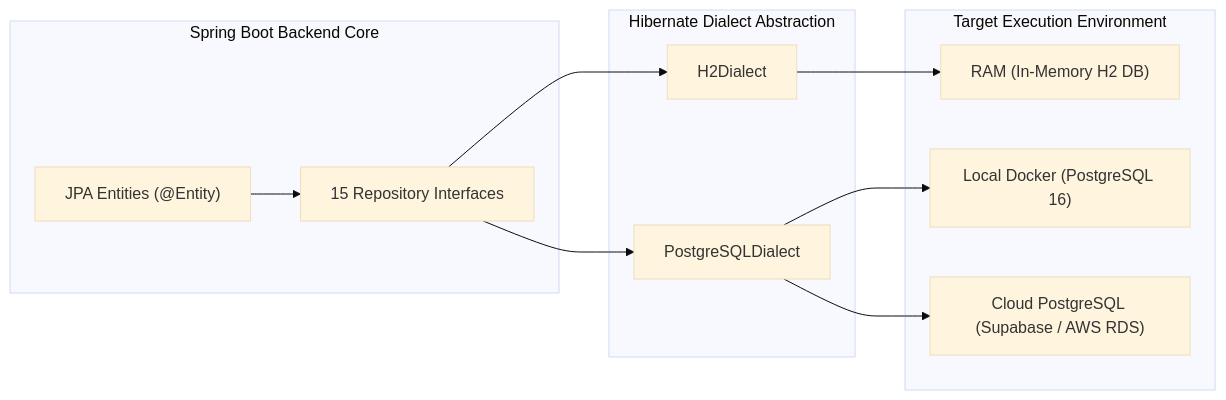
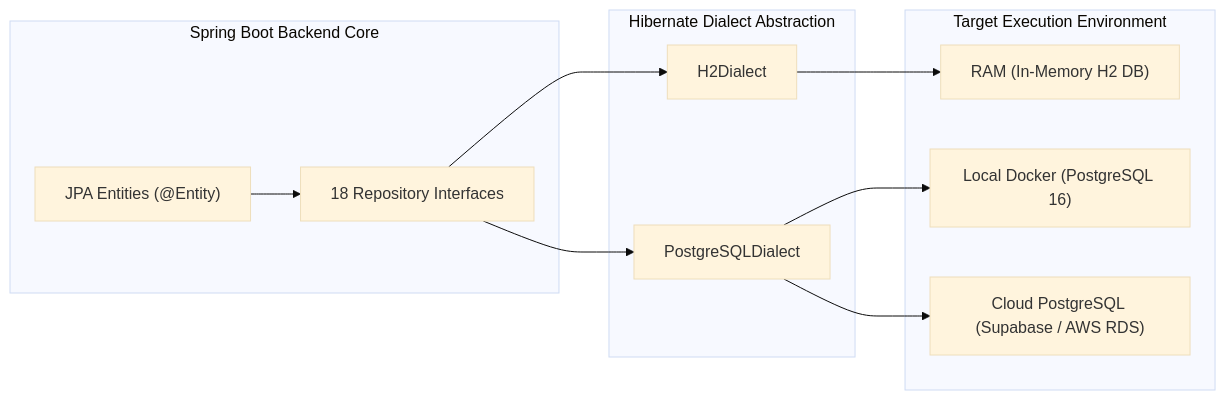
Before and after one commit to kamranxdev/MedVault: the third of 3 diagrams in docs/architecture.md, drawn with Mermaid (base theme). The commit also changed other lines of this file and 99 other files, not shown here.

````diff
--- a/docs/architecture.md
+++ b/docs/architecture.md
@@ -117,25 +140,25 @@
 ```mermaid
 graph LR
     subgraph Application_Core ["Spring Boot Backend Core"]
         Entities["JPA Entities (@Entity)"]
-        Repos["15 Repository Interfaces"]
+        Repos["18 Repository Interfaces"]
     end
 
     subgraph Hibernate_Dialects ["Hibernate Dialect Abstraction"]
         DialectH2["H2Dialect"]
         DialectPG["PostgreSQLDialect"]
     end
 
     subgraph Execution_Targets ["Target Execution Environment"]
         TargetH2["RAM (In-Memory H2 DB)"]
         TargetDocker["Local Docker (PostgreSQL 16)"]
         TargetCloud["Cloud PostgreSQL (Supabase / AWS RDS)"]
     end
 
     Entities --> Repos
     Repos --> DialectH2
     Repos --> DialectPG
     DialectH2 --> TargetH2
     DialectPG --> TargetDocker
     DialectPG --> TargetCloud
 ```
````
